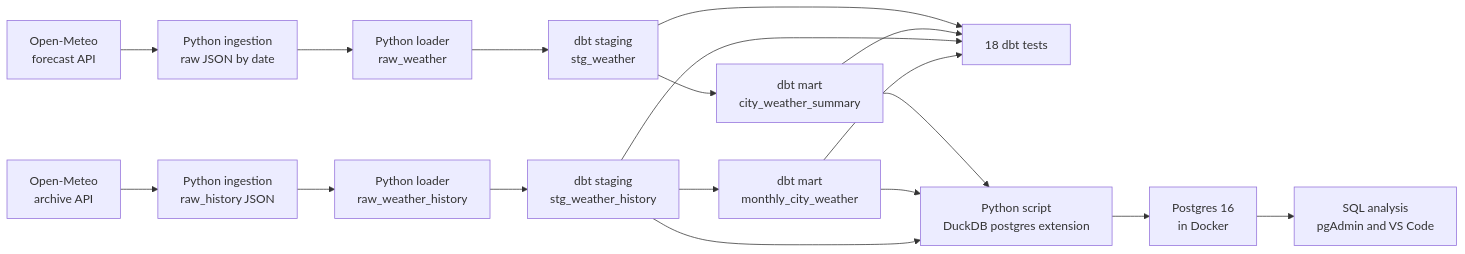
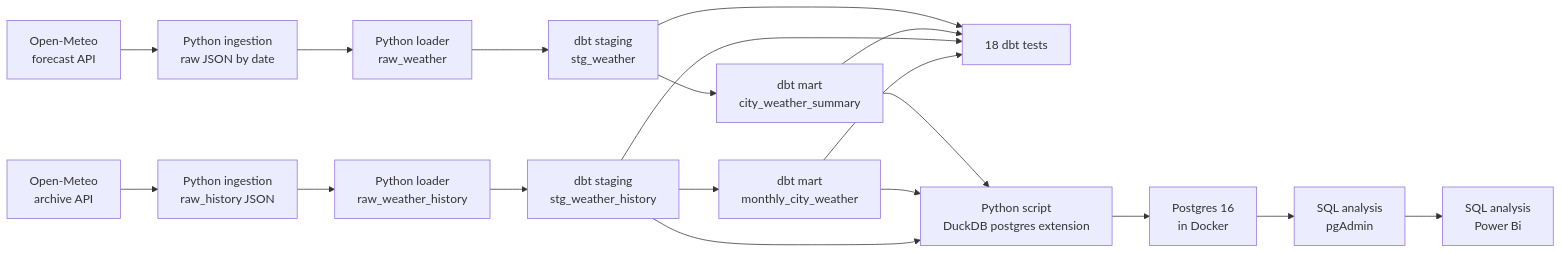
The diagram in README.md (Badmosa/Weather-Pipeline), drawn with Mermaid before and after one commit.

Commit message:
Update SQL analysis references in README
Removed VS Code from SQL analysis section and added Power Bi.

````diff
--- a/README.md
+++ b/README.md
@@ -18,23 +18,24 @@
 ```mermaid
 flowchart LR
     A[Open-Meteo<br/>forecast API] --> B[Python ingestion<br/>raw JSON by date]
     B --> C[Python loader<br/>raw_weather]
     C --> D[dbt staging<br/>stg_weather]
     D --> E[dbt mart<br/>city_weather_summary]
 
     H[Open-Meteo<br/>archive API] --> I[Python ingestion<br/>raw_history JSON]
     I --> J[Python loader<br/>raw_weather_history]
     J --> K[dbt staging<br/>stg_weather_history]
     K --> L[dbt mart<br/>monthly_city_weather]
 
     D --> T[18 dbt tests]
     E --> T
     K --> T
     L --> T
 
     E --> P[Python script<br/>DuckDB postgres extension]
     L --> P
     K --> P
     P --> Q[Postgres 16<br/>in Docker]
-    Q --> R[SQL analysis<br/>pgAdmin and VS Code]
+    Q --> R[SQL analysis<br/>pgAdmin]
+    R --> S[SQL analysis<br/>Power Bi]
 ```
````
